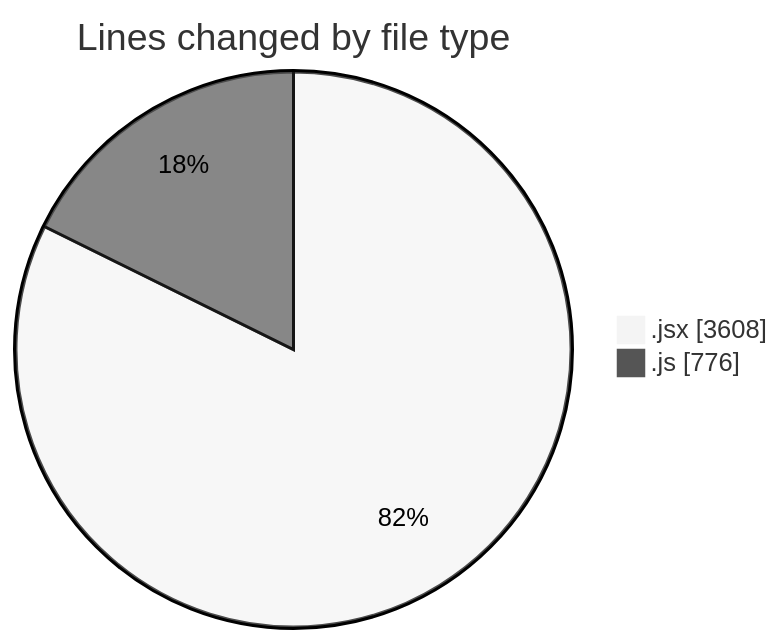
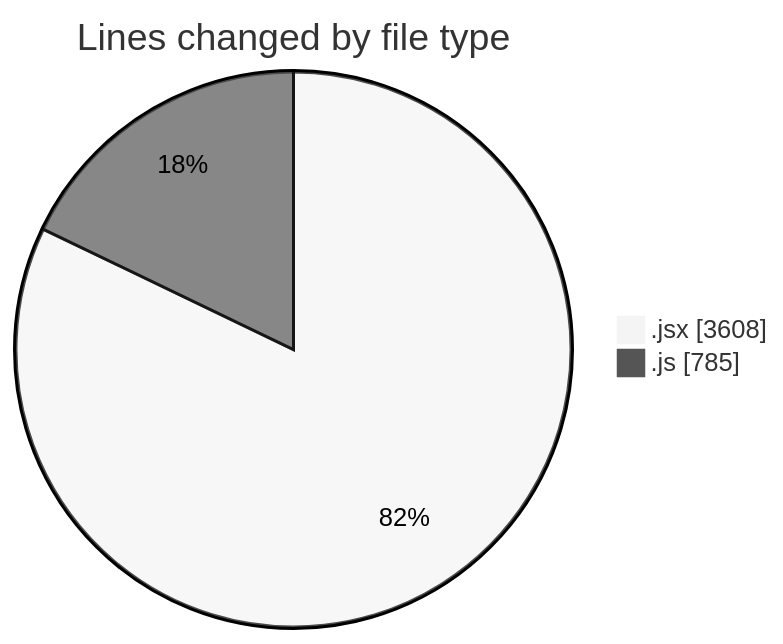
The first of 2 diagrams in 2025-07-21/nxtqube_webapp/README.md (nxtqubesakshisongat/code-tracking), drawn with Mermaid (neutral theme) before and after one commit. The commit also changed other lines of this file and 1 other file, not shown here.

````diff
--- a/2025-07-21/nxtqube_webapp/README.md
+++ b/2025-07-21/nxtqube_webapp/README.md
@@ -27,6 +27,6 @@
 ```mermaid
 pie showData
 title Lines changed by file type
 ".jsx" : 3608
-".js" : 776
+".js" : 785
 ```
````
